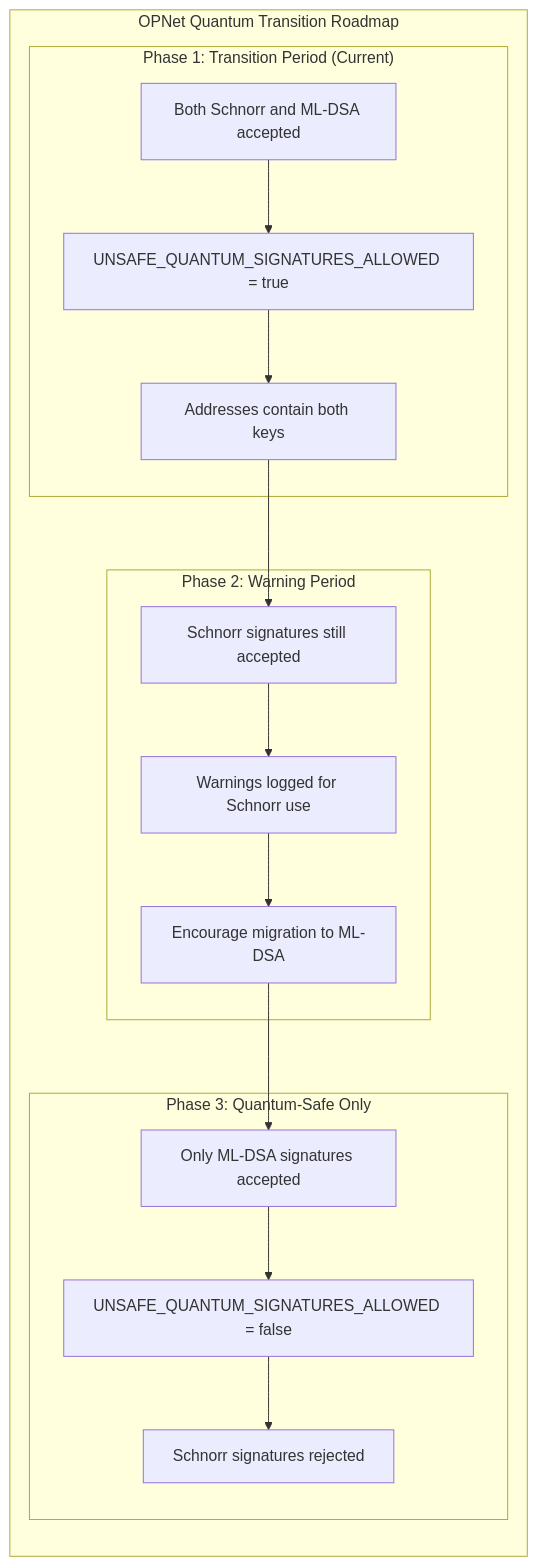
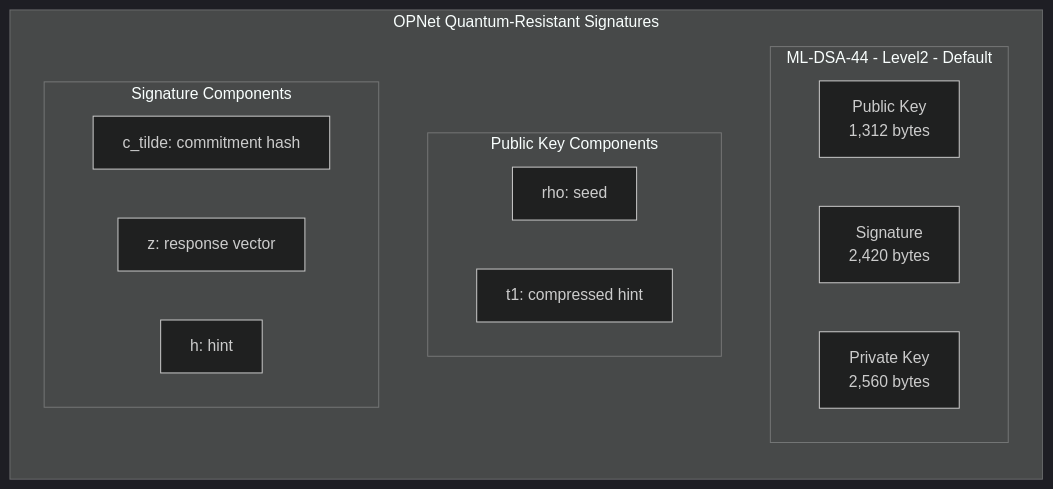
One commit to btc-vision/btc-runtime changed the second of 4 diagrams in docs/advanced/quantum-resistance.md. Above: the diagram before and after it, drawn with Mermaid. The commit also changed other lines of this file and 5 other files, not shown here.

````diff
--- a/docs/advanced/quantum-resistance.md
+++ b/docs/advanced/quantum-resistance.md
@@ -99,26 +106,25 @@
 ```mermaid
+---
+config:
+  theme: dark
+---
 flowchart LR
-    subgraph OPNet["OPNet Quantum Transition Roadmap"]
-        subgraph Phase1["Phase 1: Transition Period (Current)"]
-            P1A["Both Schnorr and ML-DSA accepted"]
-            P1B["UNSAFE_QUANTUM_SIGNATURES_ALLOWED = true"]
-            P1C["Addresses contain both keys"]
+    subgraph OPNet["OPNet Quantum-Resistant Signatures"]
+        subgraph MLDSA["ML-DSA-44 - Level2 - Default"]
+            PK["Public Key<br/>1,312 bytes"]
+            SIG["Signature<br/>2,420 bytes"]
+            SK["Private Key<br/>2,560 bytes"]
         end
 
-        subgraph Phase2["Phase 2: Warning Period"]
-            P2A["Schnorr signatures still accepted"]
-            P2B["Warnings logged for Schnorr use"]
-            P2C["Encourage migration to ML-DSA"]
+        subgraph PKComp["Public Key Components"]
+            PK1["rho: seed"]
+            PK2["t1: compressed hint"]
         end
 
-        subgraph Phase3["Phase 3: Quantum-Safe Only"]
-            P3A["Only ML-DSA signatures accepted"]
-            P3B["UNSAFE_QUANTUM_SIGNATURES_ALLOWED = false"]
-            P3C["Schnorr signatures rejected"]
+        subgraph SigComp["Signature Components"]
+            SIG1["c_tilde: commitment hash"]
+            SIG2["z: response vector"]
+            SIG3["h: hint"]
         end
-
-        P1A --> P1B --> P1C --> P2A
-        P2A --> P2B --> P2C --> P3A
-        P3A --> P3B --> P3C
     end
 ```
````
